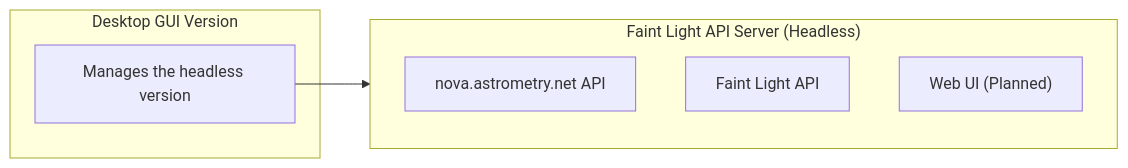
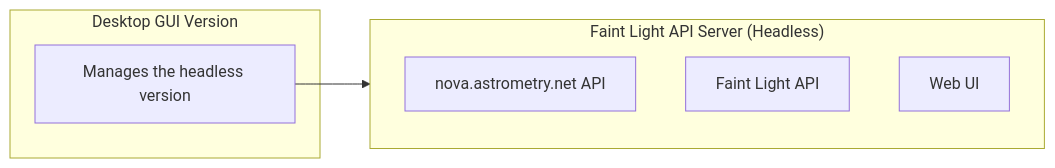
The diagram in README.md (fschuindt/faint_light), drawn with Mermaid before and after one commit. The commit also changed other lines of this file and 23 other files, not shown here.

````diff
--- a/README.md
+++ b/README.md
@@ -35,15 +38,15 @@
 ```mermaid
 flowchart LR
     subgraph Core["Faint Light API Server (Headless)"]
         direction TB
         Nova["nova.astrometry.net API"]
         API["Faint Light API"]
-        Web["Web UI (Planned)"]
+        Web["Web UI"]
     end
 
     subgraph Desktop["Desktop GUI Version"]
         GUI["Manages the headless version"]
     end
 
     GUI --> Core
 ```
````
